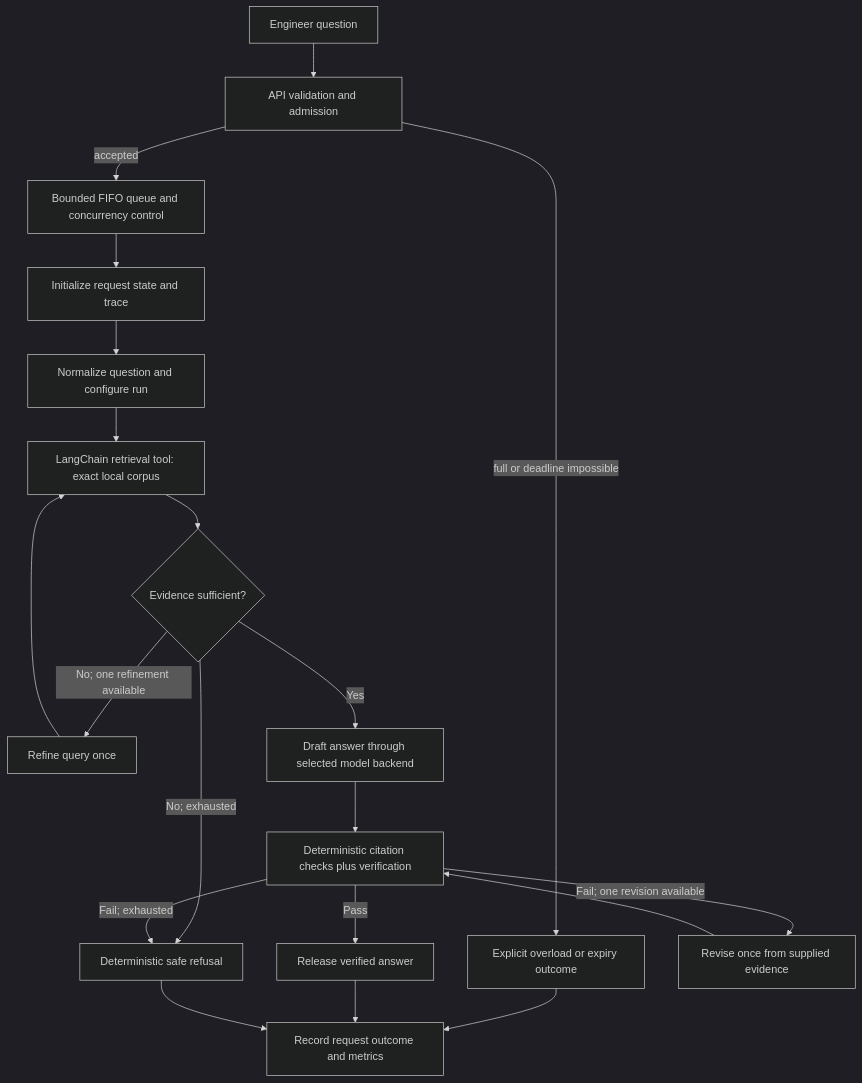
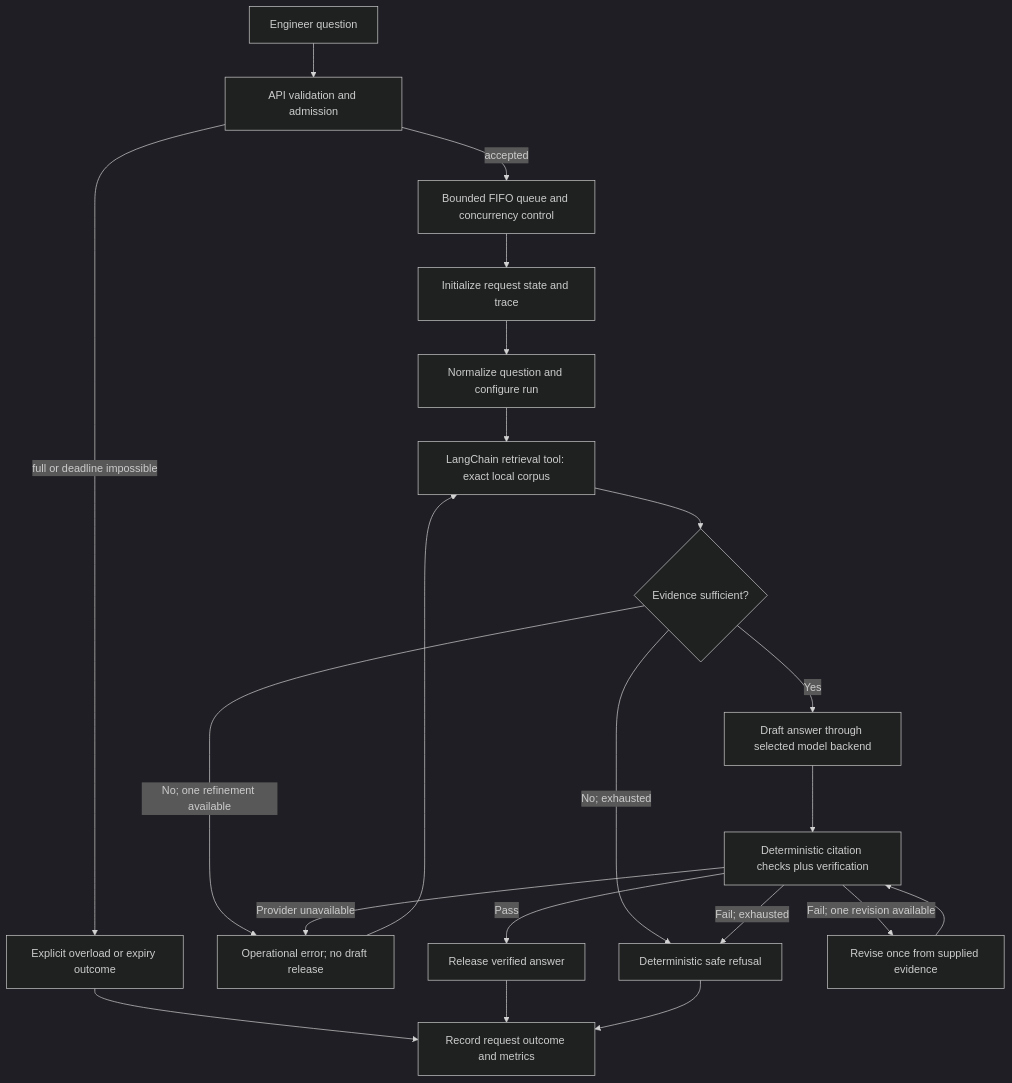
One commit to IshitaSharma409/vaani-ml-assignment changed the first of 2 diagrams in ARCHITECTURE.md. Above: the diagram before and after it, drawn with Mermaid (dark theme). The commit also changed other lines of this file and 81 other files, not shown here.

````diff
--- a/ARCHITECTURE.md
+++ b/ARCHITECTURE.md
@@ -33,22 +33,23 @@
 ```mermaid
 flowchart TD
     U[Engineer question] --> A[API validation and admission]
     A -->|accepted| Q[Bounded FIFO queue and concurrency control]
     A -->|full or deadline impossible| O[Explicit overload or expiry outcome]
     Q --> S[Initialize request state and trace]
     S --> P[Normalize question and configure run]
     P --> R[LangChain retrieval tool: exact local corpus]
     R --> E{Evidence sufficient?}
     E -->|No; one refinement available| F[Refine query once]
     F --> R
     E -->|No; exhausted| X[Deterministic safe refusal]
     E -->|Yes| M[Draft answer through selected model backend]
     M --> V[Deterministic citation checks plus verification]
     V -->|Pass| G[Release verified answer]
     V -->|Fail; one revision available| D[Revise once from supplied evidence]
     D --> V
     V -->|Fail; exhausted| X
+    V -->|Provider unavailable| F[Operational error; no draft release]
     O --> T[Record request outcome and metrics]
     G --> T
     X --> T
 ```
````
